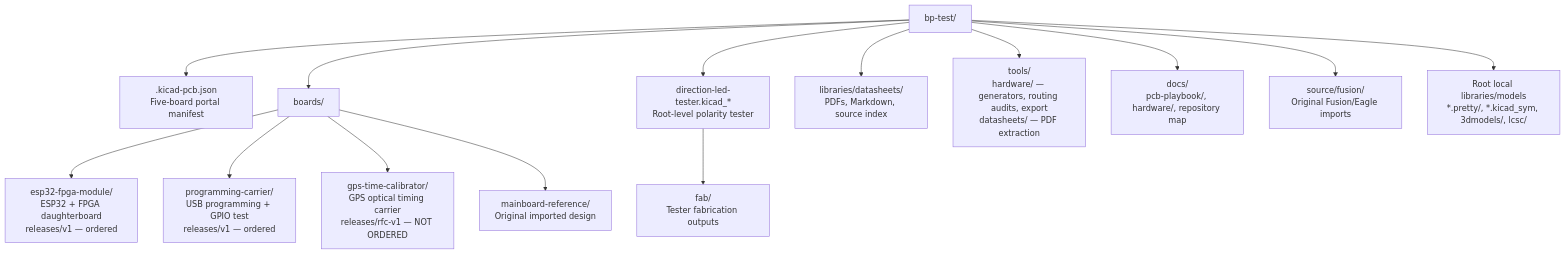
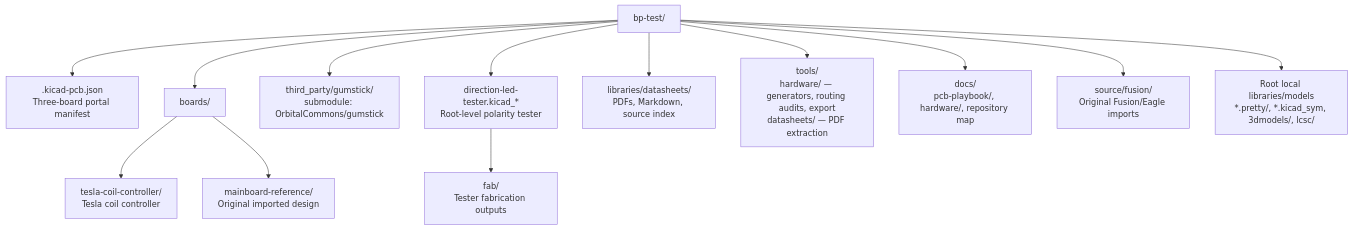
One commit to meawoppl/bp-test changed the diagram in docs/repository-map.md. Above: the diagram before and after it, drawn with Mermaid. The commit also changed other lines of this file and 765 other files, not shown here.

First line of the commit message:
Move the gumstick module and GPS calibrator to OrbitalCommons repos

````diff
--- a/docs/repository-map.md
+++ b/docs/repository-map.md
@@ -6,16 +9,15 @@
 ```mermaid
 flowchart TD
-    R["bp-test/"] --> C[".kicad-pcb.json<br/>Five-board portal manifest"]
+    R["bp-test/"] --> C[".kicad-pcb.json<br/>Three-board portal manifest"]
     R --> B["boards/"]
-    B --> M["esp32-fpga-module/<br/>ESP32 + FPGA daughterboard<br/>releases/v1 — ordered"]
-    B --> P["programming-carrier/<br/>USB programming + GPIO test<br/>releases/v1 — ordered"]
-    B --> G["gps-time-calibrator/<br/>GPS optical timing carrier<br/>releases/rfc-v1 — NOT ORDERED"]
+    B --> TC["tesla-coil-controller/<br/>Tesla coil controller"]
+    R --> GS["third_party/gumstick/<br/>submodule: OrbitalCommons/gumstick"]
     B --> O["mainboard-reference/<br/>Original imported design"]
     R --> D["direction-led-tester.kicad_*<br/>Root-level polarity tester"]
     D --> F["fab/<br/>Tester fabrication outputs"]
     R --> L["libraries/datasheets/<br/>PDFs, Markdown, source index"]
     R --> T["tools/<br/>hardware/ — generators, routing audits, export<br/>datasheets/ — PDF extraction"]
     R --> DOC["docs/<br/>pcb-playbook/, hardware/, repository map"]
     R --> S["source/fusion/<br/>Original Fusion/Eagle imports"]
     R --> LOC["Root local libraries/models<br/>*.pretty/, *.kicad_sym, 3dmodels/, lcsc/"]
 ```
````
